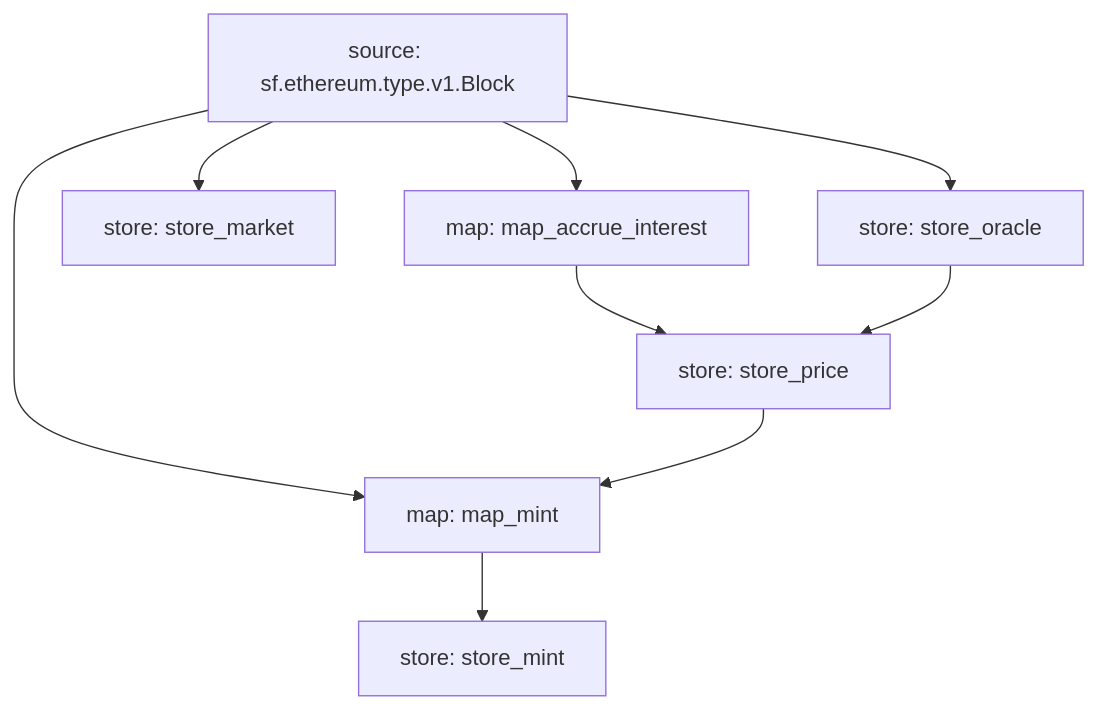
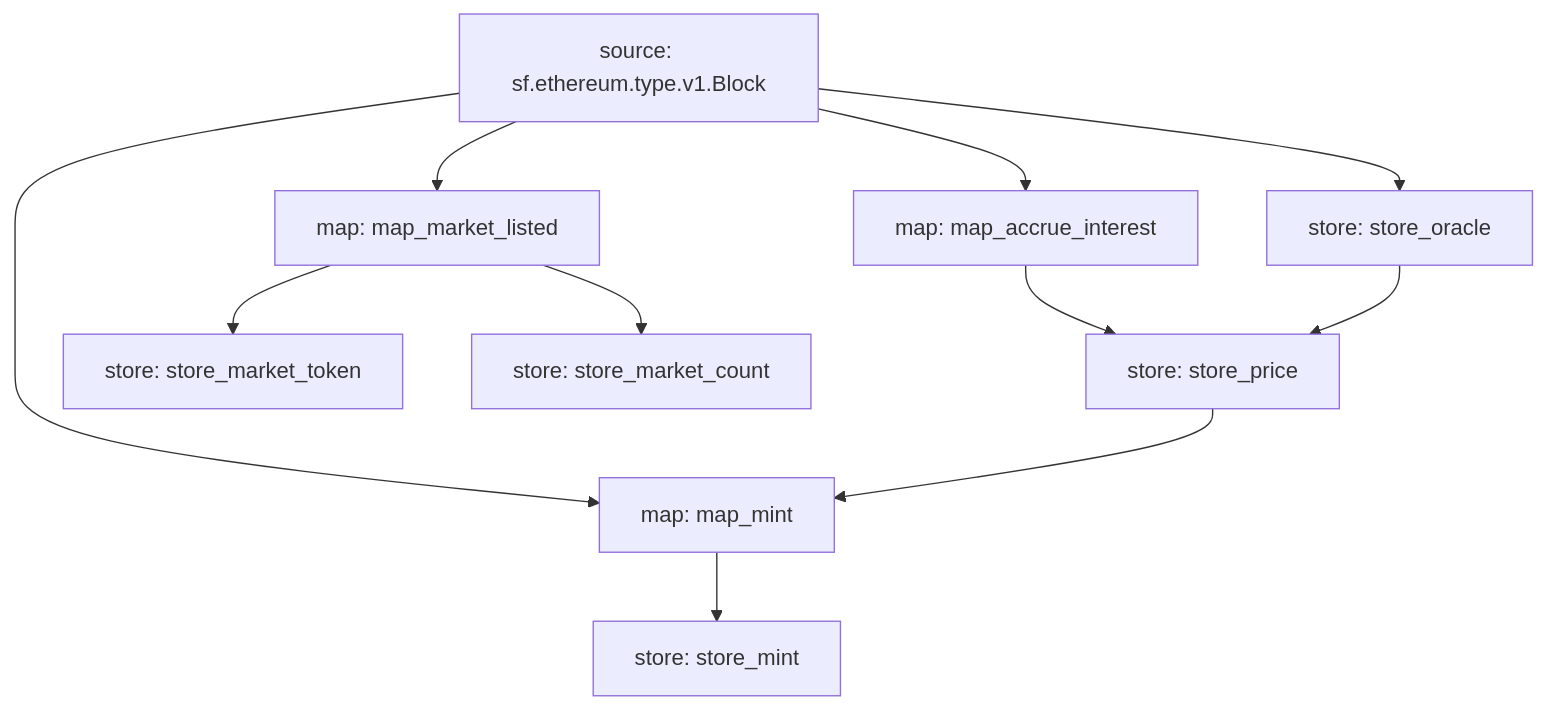
One commit to 0xbe1/compoundv2-substreams changed the diagram in README.md. Above: the diagram before and after it, drawn with Mermaid. The commit also changed other lines of this file, not shown here.

Commit message:
update mermaid

````diff
--- a/README.md
+++ b/README.md
@@ -5,17 +7,21 @@
 ```mermaid
 graph TD;
   map_accrue_interest[map: map_accrue_interest]
   sf.ethereum.type.v1.Block[source: sf.ethereum.type.v1.Block] --> map_accrue_interest
   map_mint[map: map_mint]
   sf.ethereum.type.v1.Block[source: sf.ethereum.type.v1.Block] --> map_mint
   store_price --> map_mint
-  store_market[store: store_market]
-  sf.ethereum.type.v1.Block[source: sf.ethereum.type.v1.Block] --> store_market
+  map_market_listed[map: map_market_listed]
+  sf.ethereum.type.v1.Block[source: sf.ethereum.type.v1.Block] --> map_market_listed
+  store_market_token[store: store_market_token]
+  map_market_listed --> store_market_token
+  store_market_count[store: store_market_count]
+  map_market_listed --> store_market_count
   store_oracle[store: store_oracle]
   sf.ethereum.type.v1.Block[source: sf.ethereum.type.v1.Block] --> store_oracle
   store_price[store: store_price]
   map_accrue_interest --> store_price
   store_oracle --> store_price
   store_mint[store: store_mint]
   map_mint --> store_mint
 ```
````
